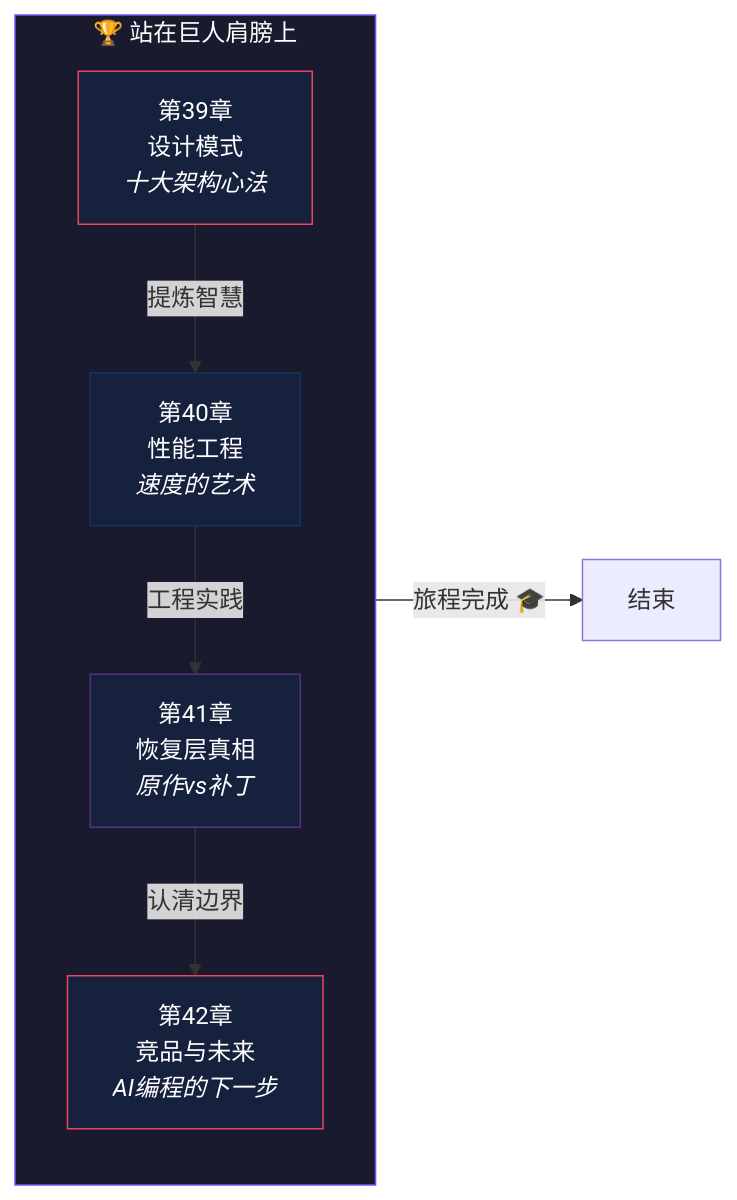
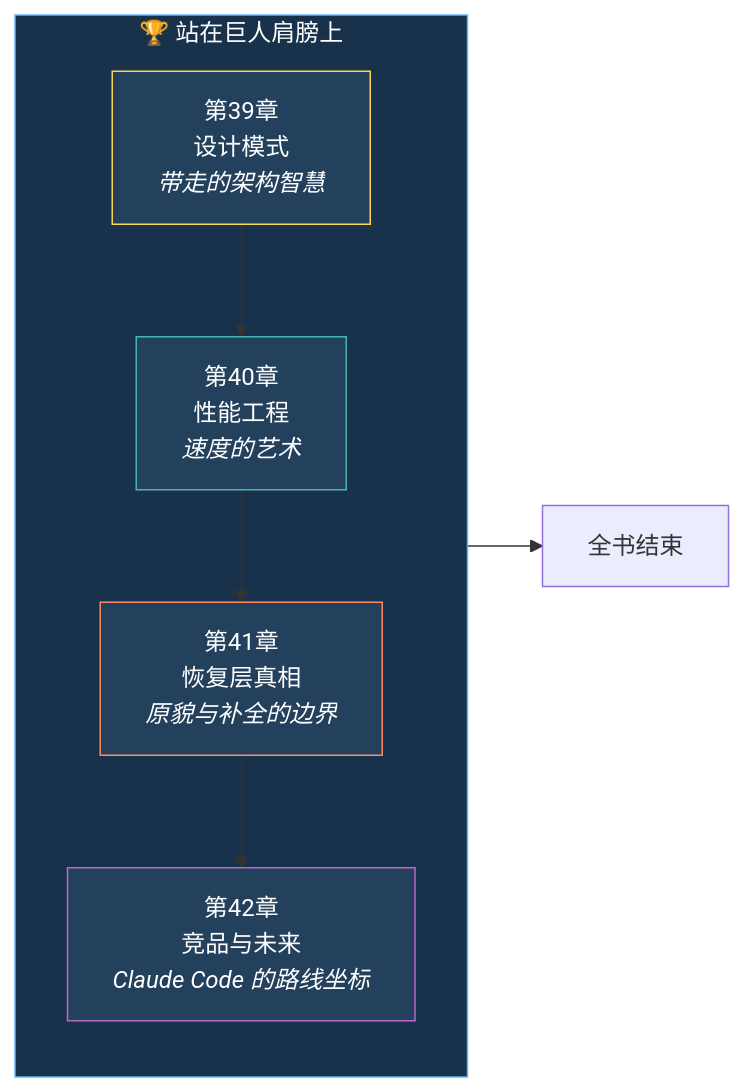
The diagram in docs/part10/index.md (wangedoo518/claude-code-book), drawn with Mermaid before and after one commit. The commit also changed other lines of this file and 25 other files, not shown here.

````diff
--- a/docs/part10/index.md
+++ b/docs/part10/index.md
@@ -19,21 +19,19 @@
 ```mermaid
 flowchart LR
     subgraph 第十编["🏆 站在巨人肩膀上"]
         direction TB
-        C39["第39章<br/>设计模式<br/><i>十大架构心法</i>"]
+        C39["第39章<br/>设计模式<br/><i>带走的架构智慧</i>"]
         C40["第40章<br/>性能工程<br/><i>速度的艺术</i>"]
-        C41["第41章<br/>恢复层真相<br/><i>原作vs补丁</i>"]
-        C42["第42章<br/>竞品与未来<br/><i>AI编程的下一步</i>"]
+        C41["第41章<br/>恢复层真相<br/><i>原貌与补全的边界</i>"]
+        C42["第42章<br/>竞品与未来<br/><i>Claude Code 的路线坐标</i>"]
     end
 
-    C39 -->|提炼智慧| C40
-    C40 -->|工程实践| C41
-    C41 -->|认清边界| C42
-    C42 -->|"旅程完成 🎓"| 结束
+    C39 --> C40 --> C41 --> C42
+    C42 --> END["全书结束"]
 
-    style 第十编 fill:#1a1a2e,stroke:#7c4dff,color:#fff
-    style C39 fill:#16213e,stroke:#e94560,color:#fff
-    style C40 fill:#16213e,stroke:#0f3460,color:#fff
-    style C41 fill:#16213e,stroke:#533483,color:#fff
-    style C42 fill:#16213e,stroke:#e94560,color:#fff
+    style 第十编 fill:#18324b,stroke:#64b5f6,color:#fff
+    style C39 fill:#23415d,stroke:#ffd54f,color:#fff
+    style C40 fill:#23415d,stroke:#4db6ac,color:#fff
+    style C41 fill:#23415d,stroke:#ff8a65,color:#fff
+    style C42 fill:#23415d,stroke:#ba68c8,color:#fff
 ```
````
